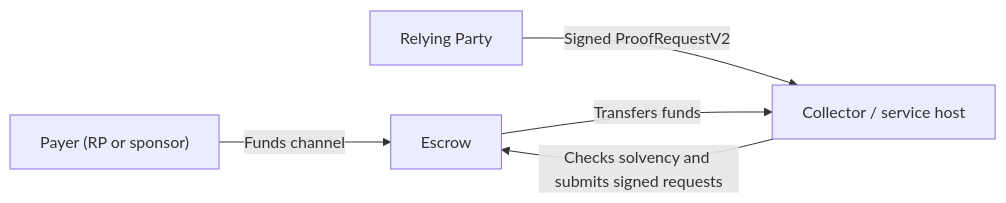
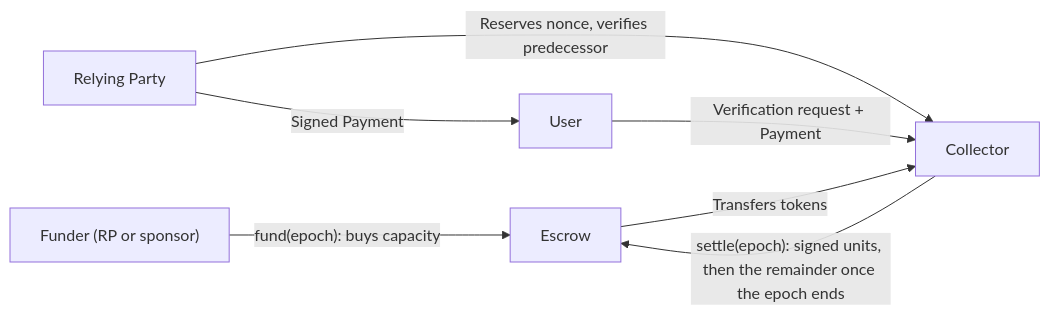
One commit to worldcoin/world-id-protocol changed the diagram in YABS.md. Above: the diagram before and after it, drawn with Mermaid. The commit also changed other lines of this file and 35 other files, not shown here.

````diff
--- a/YABS.md
+++ b/YABS.md
@@ -9,7 +48,9 @@
 ```mermaid
 flowchart LR
-    Payer["Payer (RP or sponsor)"] -->|"Funds channel"| Escrow["Escrow"]
-    RP["Relying Party"] -->|"Signed ProofRequestV2"| Collector["Collector / service host"]
-    Collector -->|"Checks solvency and submits signed requests"| Escrow
-    Escrow -->|"Transfers funds"| Collector
+    Funder["Funder (RP or sponsor)"] -->|"fund(epoch): buys capacity"| Escrow["Escrow"]
+    RP["Relying Party"] -->|"Reserves nonce, verifies predecessor"| Collector
+    RP -->|"Signed Payment"| User["User"]
+    User -->|"Verification request + Payment"| Collector["Collector"]
+    Collector -->|"settle(epoch): signed units, then the remainder once the epoch ends"| Escrow
+    Escrow -->|"Transfers tokens"| Collector
 ```
````
